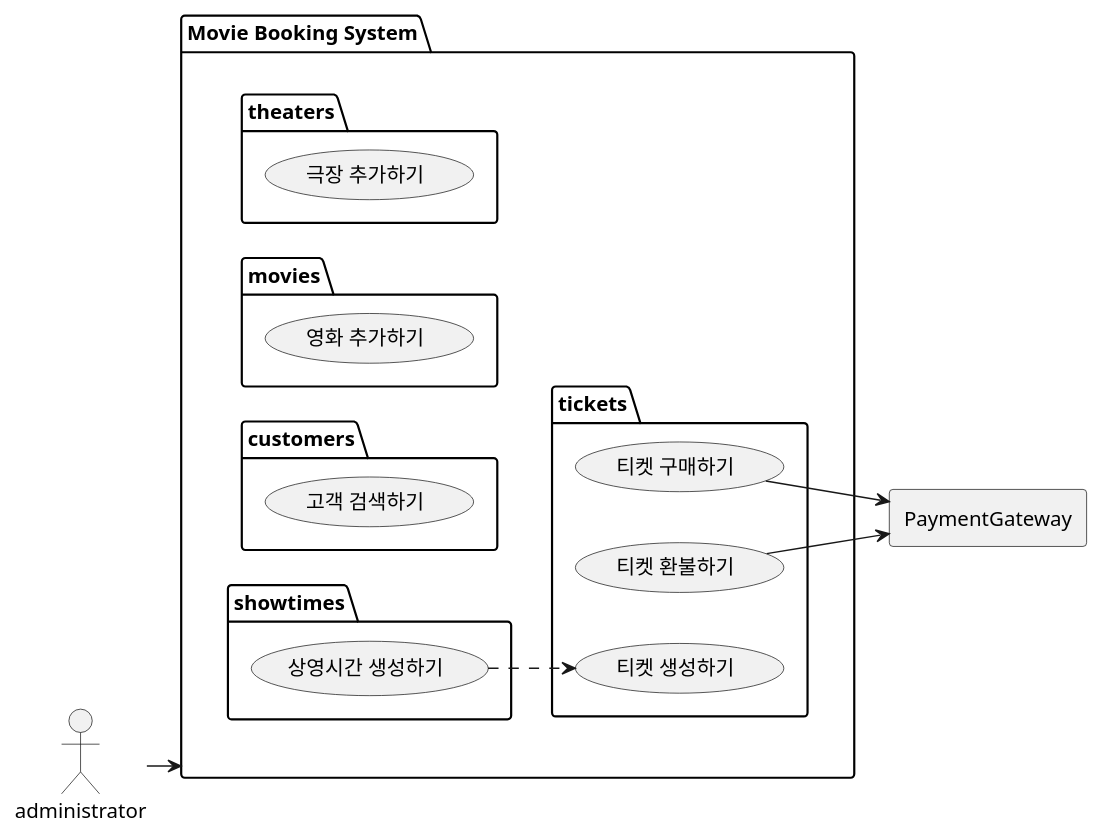
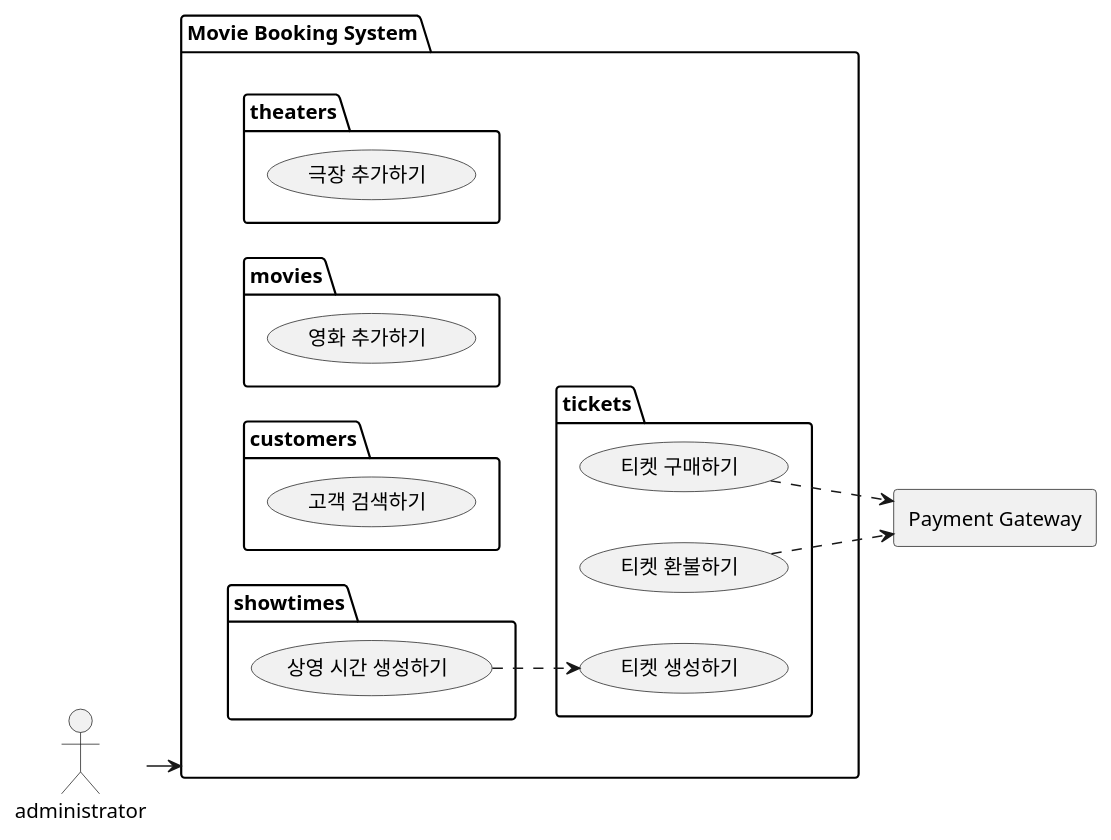
Before and after one commit to mannercode/mannercode.github.io: the ninth of 12 diagrams in _posts/2025-04-01-backend-design-1.md, drawn with PlantUML. The commit also changed other lines of this file and 9 other files, not shown here.

```diff
--- a/_posts/2025-04-01-backend-design-1.md
+++ b/_posts/2025-04-01-backend-design-1.md
@@ -264,37 +265,37 @@
 {% plantuml %}
 @startuml
 left to right direction
 actor administrator
-rectangle PaymentGateway
+rectangle "Payment Gateway" as PaymentGateway
 
 package "Movie Booking System" as mbs {
     package theaters {
         usecase "극장 추가하기" as AddTheaters
     }
 
     package movies {
         usecase "영화 추가하기" as AddMovies
     }
 
     package customers {
         usecase "고객 검색하기" as SearchCustomers
     }
 
     package showtimes {
-        usecase "상영시간 생성하기" as CreateShowtimes
+        usecase "상영 시간 생성하기" as CreateShowtimes
     }
 
     package tickets {
         usecase "티켓 구매하기" as PurchaseTickets
         usecase "티켓 환불하기" as RefundTickets
         usecase "티켓 생성하기" as GenerateTickets
     }
 
-    PurchaseTickets --> PaymentGateway
-    RefundTickets --> PaymentGateway
+    PurchaseTickets ..> PaymentGateway
+    RefundTickets ..> PaymentGateway
     CreateShowtimes ..> GenerateTickets
 }
 
 administrator --> mbs
 @enduml
 {% endplantuml %}
```
